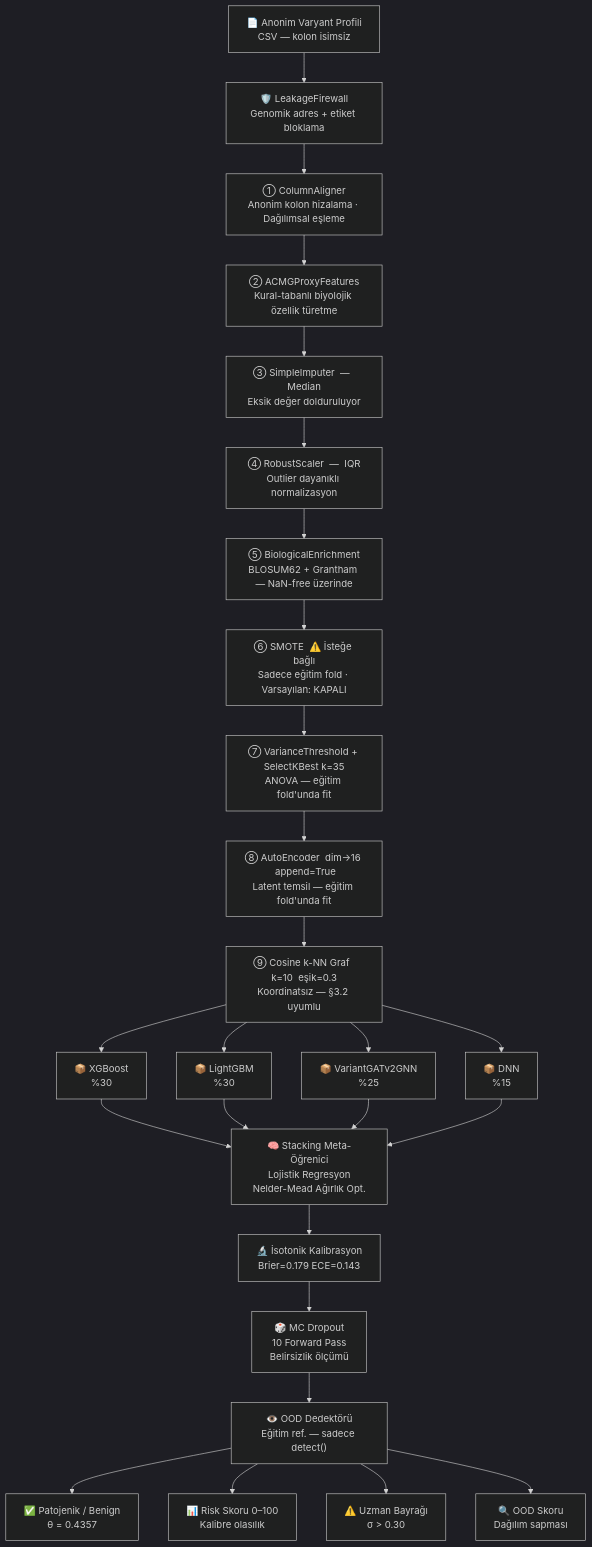
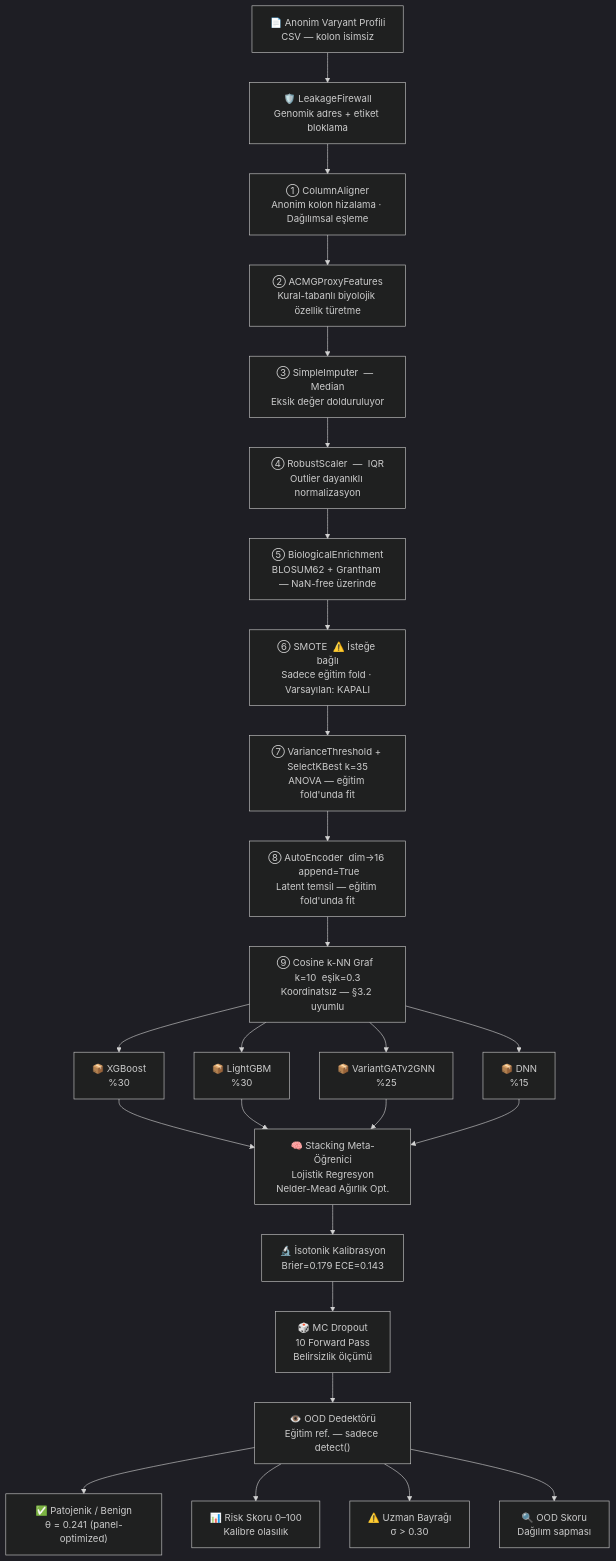
The first of 16 diagrams in README.md (msgxr/VARIANT-GNN), drawn with Mermaid (dark theme) before and after one commit. The commit also changed other lines of this file and 3 other files, not shown here.

````diff
--- a/README.md
+++ b/README.md
@@ -130,35 +130,35 @@
 ```mermaid
 flowchart TD
     A["📄 Anonim Varyant Profili\nCSV — kolon isimsiz"]
 
     A --> LFW["🛡️ LeakageFirewall\nGenomik adres + etiket bloklama"]
 
     LFW --> P1["① ColumnAligner\nAnonim kolon hizalama · Dağılımsal eşleme"]
     P1  --> P2["② ACMGProxyFeatures\nKural-tabanlı biyolojik özellik türetme"]
     P2  --> P3["③ SimpleImputer  —  Median\nEksik değer dolduruluyor"]
     P3  --> P4["④ RobustScaler  —  IQR\nOutlier dayanıklı normalizasyon"]
     P4  --> P5["⑤ BiologicalEnrichment\nBLOSUM62 + Grantham — NaN-free üzerinde"]
     P5  --> P6["⑥ SMOTE  ⚠️ İsteğe bağlı\nSadece eğitim fold · Varsayılan: KAPALI"]
     P6  --> P7["⑦ VarianceThreshold + SelectKBest k=35\nANOVA — eğitim fold'unda fit"]
     P7  --> P8["⑧ AutoEncoder  dim→16  append=True\nLatent temsil — eğitim fold'unda fit"]
     P8  --> P9["⑨ Cosine k-NN Graf  k=10  eşik=0.3\nKoordinatsız — §3.2 uyumlu"]
 
     P9 --> M1["📦 XGBoost\n%30"]
     P9 --> M2["📦 LightGBM\n%30"]
     P9 --> M3["📦 VariantGATv2GNN\n%25"]
     P9 --> M4["📦 DNN\n%15"]
 
     M1 --> ST["🧠 Stacking Meta-Öğrenici\nLojistik Regresyon\nNelder-Mead Ağırlık Opt."]
     M2 --> ST
     M3 --> ST
     M4 --> ST
 
     ST --> ISO["🔬 İsotonik Kalibrasyon\nBrier=0.179  ECE=0.143"]
     ISO --> MCD["🎲 MC Dropout\n10 Forward Pass\nBelirsizlik ölçümü"]
     MCD --> OOD["👁️ OOD Dedektörü\nEğitim ref. — sadece detect()"]
 
-    OOD --> O1["✅ Patojenik / Benign\nθ = 0.4357"]
+    OOD --> O1["✅ Patojenik / Benign\nθ = 0.241 (panel-optimized)"]
     OOD --> O2["📊 Risk Skoru 0–100\nKalibre olasılık"]
     OOD --> O3["⚠️ Uzman Bayrağı\nσ > 0.30"]
     OOD --> O4["🔍 OOD Skoru\nDağılım sapması"]
 ```
````
